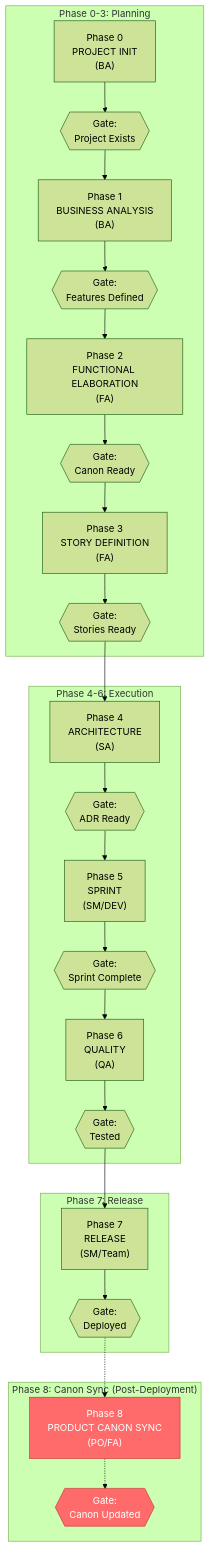
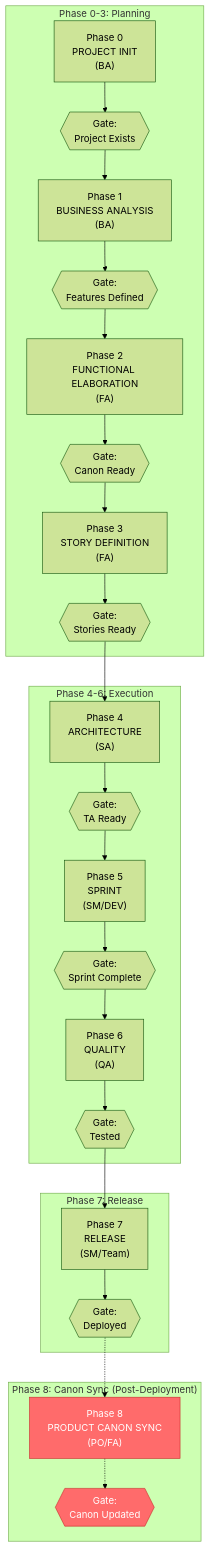
Before and after one commit to Pieter2406/TeamSpec: the first of 3 diagrams in README.md, drawn with Mermaid (forest theme). The commit also changed other lines of this file and 52 other files, not shown here.

````diff
--- a/README.md
+++ b/README.md
@@ -378,34 +378,34 @@
 ```mermaid
 flowchart TD
     subgraph "Phase 0-3: Planning"
         P0["Phase 0<br/>PROJECT INIT<br/>(BA)"] --> G0{{"Gate:<br/>Project Exists"}}
         G0 --> P1["Phase 1<br/>BUSINESS ANALYSIS<br/>(BA)"]
         P1 --> G1{{"Gate:<br/>Features Defined"}}
         G1 --> P2["Phase 2<br/>FUNCTIONAL ELABORATION<br/>(FA)"]
         P2 --> G2{{"Gate:<br/>Canon Ready"}}
         G2 --> P3["Phase 3<br/>STORY DEFINITION<br/>(FA)"]
         P3 --> G3{{"Gate:<br/>Stories Ready"}}
     end
     
     subgraph "Phase 4-6: Execution"
         G3 --> P4["Phase 4<br/>ARCHITECTURE<br/>(SA)"]
-        P4 --> G4{{"Gate:<br/>ADR Ready"}}
+        P4 --> G4{{"Gate:<br/>TA Ready"}}
         G4 --> P5["Phase 5<br/>SPRINT<br/>(SM/DEV)"]
         P5 --> G5{{"Gate:<br/>Sprint Complete"}}
         G5 --> P6["Phase 6<br/>QUALITY<br/>(QA)"]
         P6 --> G6{{"Gate:<br/>Tested"}}
     end
     
     subgraph "Phase 7: Release"
         G6 --> P7["Phase 7<br/>RELEASE<br/>(SM/Team)"]
         P7 --> G7{{"Gate:<br/>Deployed"}}
     end
 
     subgraph "Phase 8: Canon Sync (Post-Deployment)"
         G7 -.-> P8["Phase 8<br/>PRODUCT CANON SYNC<br/>(PO/FA)"]
         P8 -.-> G8{{"Gate:<br/>Canon Updated"}}
     end
 
     style P8 fill:#ff6b6b,stroke:#c92a2a,color:#fff
     style G8 fill:#ff6b6b,stroke:#c92a2a,color:#fff
 ```
````
